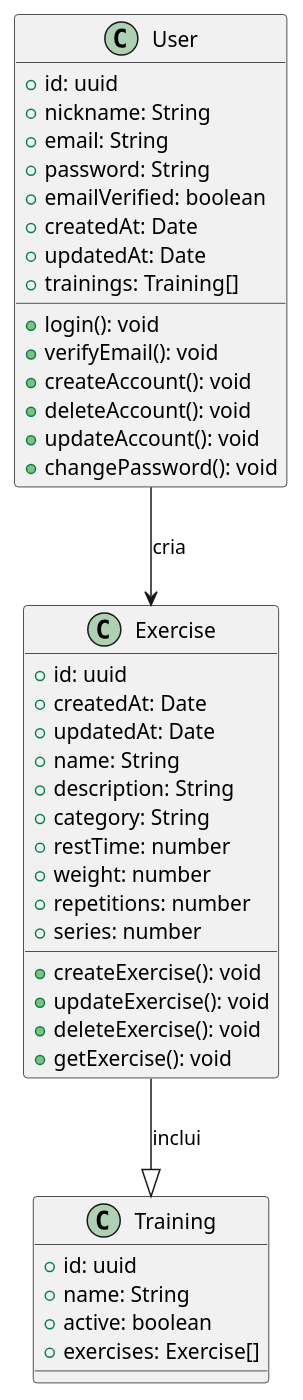
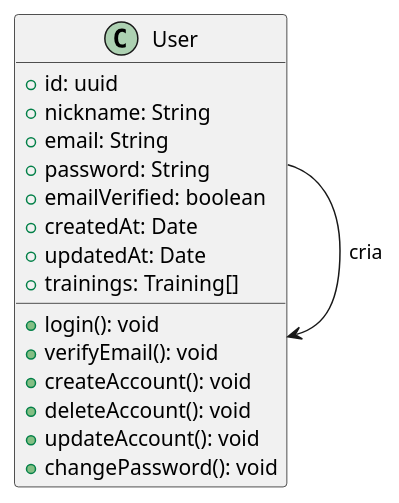
Before and after one commit to LucasReisV1337/api-gym: the diagram in uml/index.wsd, drawn with PlantUML. The commit also changed 8 other files, not shown here.

Commit message:
refactor: :recycle: recycle architecture

```diff
--- a/uml/index.wsd
+++ b/uml/index.wsd
@@ -1,49 +1,26 @@
 @startuml DiagramName
 
 class User {
   + id: uuid
   + nickname: String
   + email: String
   + password: String
   + emailVerified: boolean
   + createdAt: Date
   + updatedAt: Date
   + login(): void
   + verifyEmail(): void
   + createAccount(): void
   + deleteAccount(): void
   + updateAccount(): void
   + changePassword(): void
   + trainings: Training[]
   }
 
-class Exercise {
-  + id: uuid
-  + createdAt: Date
-  + updatedAt: Date
-  + name: String
-  + description: String
-  + category: String
-  + restTime: number
-  + weight: number
-  + repetitions: number
-  + series: number
-  + createExercise(): void
-  + updateExercise(): void
-  + deleteExercise(): void
-  + getExercise(): void
-}
-
-class Training {
-  + id: uuid
-  + name: String
-  + active: boolean
-  + exercises: Exercise[]
-}
 
 
 
-User --> Exercise : cria
-Exercise --|> Training : inclui
+User --> User : cria
+
 
 @enduml
```
